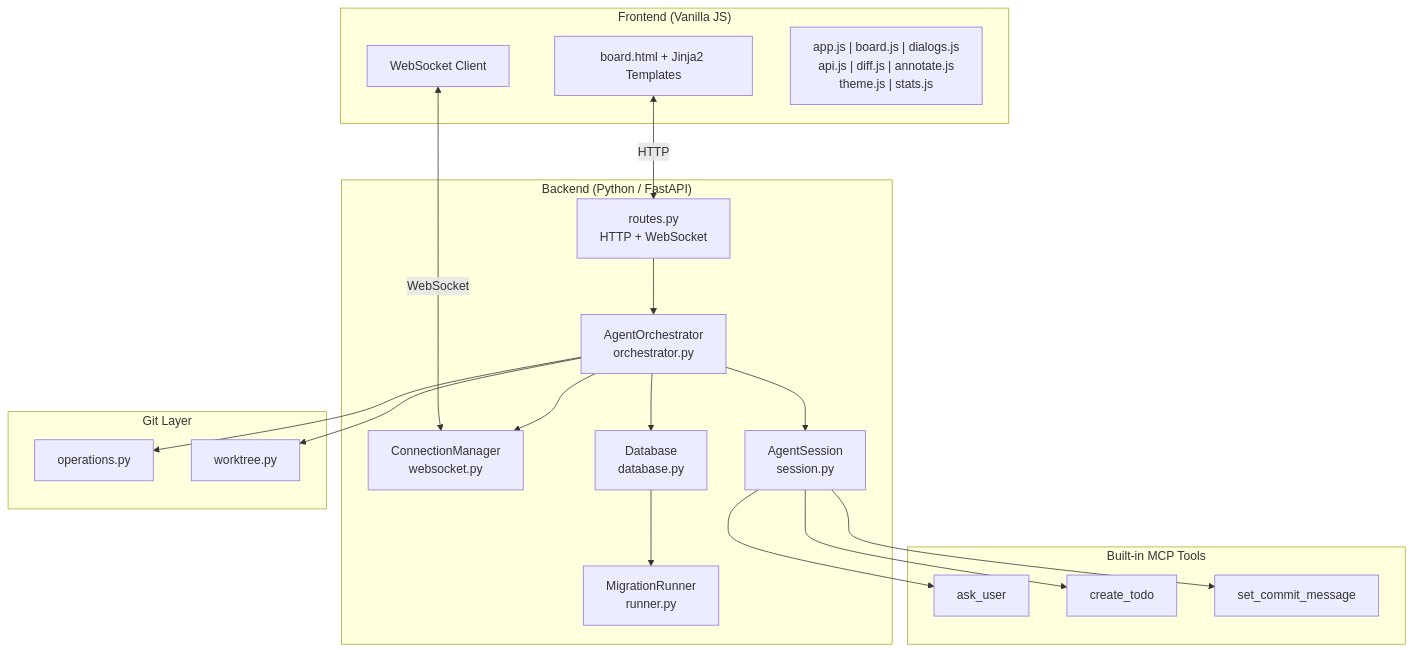
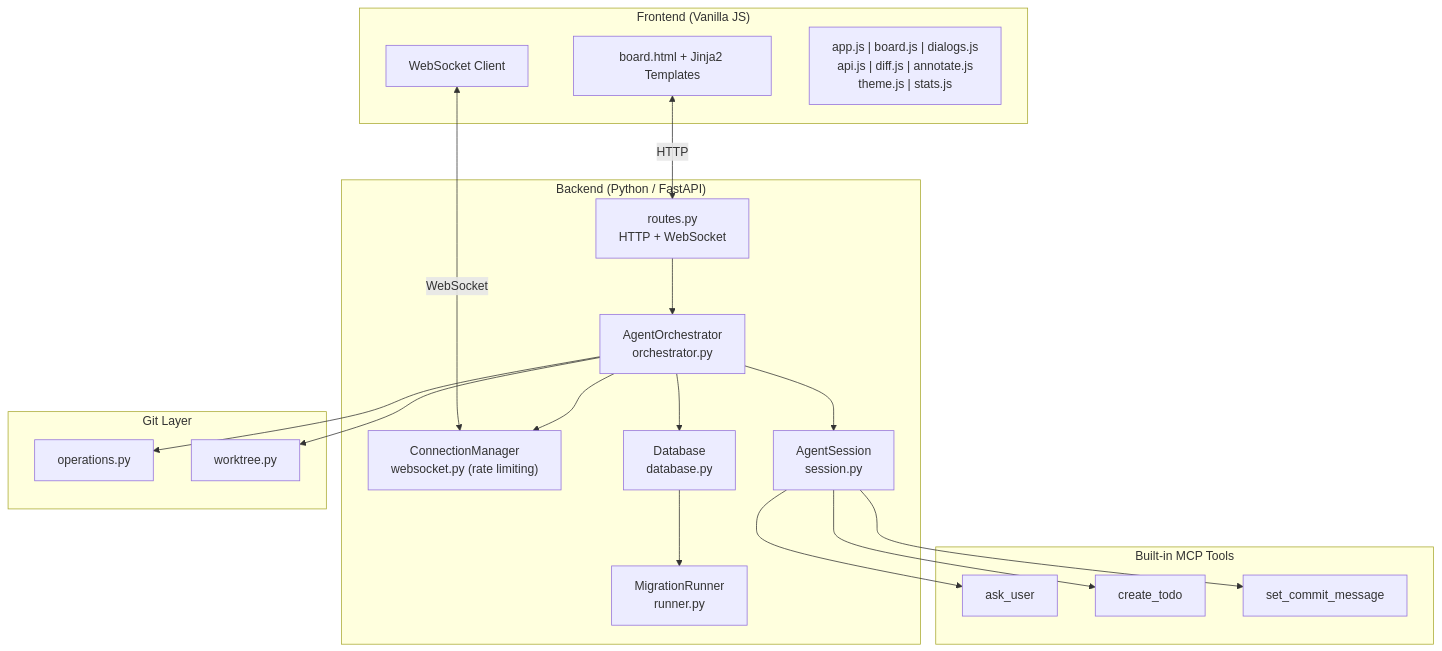
The first of 3 diagrams in CLAUDE.md (epatel/claude-agents-dashboard), drawn with Mermaid before and after one commit. The commit also changed other lines of this file and 2 other files, not shown here.

Commit message:
Update assessment, README, and CLAUDE.md for WebSocket rate limiting, git timeouts, base branch tracking, and 78 tests

````diff
--- a/CLAUDE.md
+++ b/CLAUDE.md
@@ -33,41 +33,41 @@
 ```mermaid
 graph TB
     subgraph Frontend["Frontend (Vanilla JS)"]
         UI["board.html + Jinja2 Templates"]
         WS["WebSocket Client"]
         Modules["app.js | board.js | dialogs.js<br/>api.js | diff.js | annotate.js<br/>theme.js | stats.js"]
     end
 
     subgraph Backend["Backend (Python / FastAPI)"]
         R["routes.py<br/>HTTP + WebSocket"]
-        WSM["ConnectionManager<br/>websocket.py"]
+        WSM["ConnectionManager<br/>websocket.py (rate limiting)"]
         O["AgentOrchestrator<br/>orchestrator.py"]
         S["AgentSession<br/>session.py"]
         D["Database<br/>database.py"]
         M["MigrationRunner<br/>runner.py"]
     end
 
     subgraph MCPTools["Built-in MCP Tools"]
         C["ask_user"]
         T["create_todo"]
         CM["set_commit_message"]
     end
 
     subgraph Git["Git Layer"]
         GO["operations.py"]
         GW["worktree.py"]
     end
 
     UI <-->|"HTTP"| R
     WS <-->|"WebSocket"| WSM
     R --> O
     O --> S
     O --> D
     O --> GO
     O --> GW
     O --> WSM
     S --> C
     S --> T
     S --> CM
     D --> M
 ```
````
